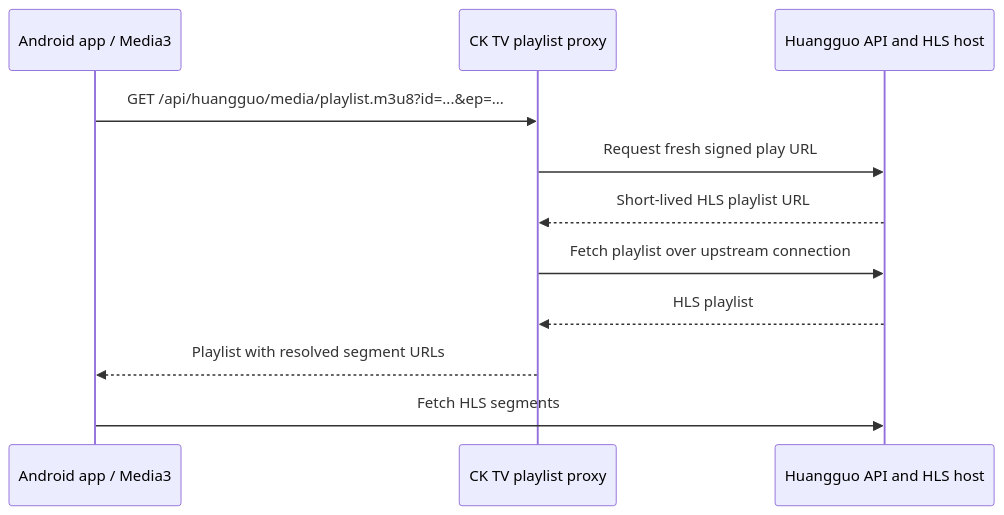
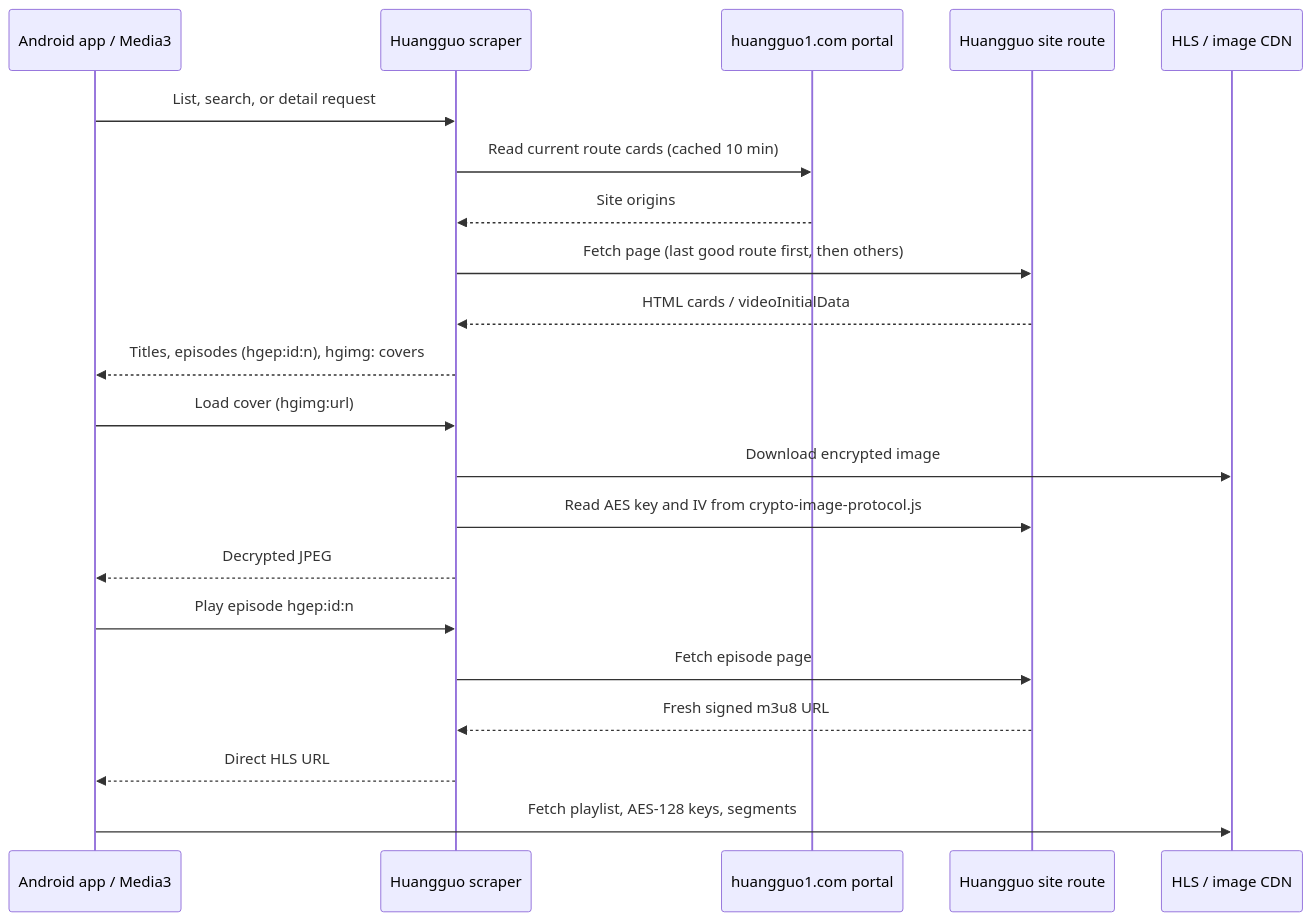
The third of 3 diagrams in README.md (ethereald/cktv-app), drawn with Mermaid before and after one commit. The commit also changed other lines of this file and 11 other files, not shown here.

Commit message:
Rewrite AI黃果 with direct scraping and portal route discovery (v2.4.0)

````diff
--- a/README.md
+++ b/README.md
@@ -106,13 +118,23 @@
 ```mermaid
 sequenceDiagram
     participant App as Android app / Media3
-    participant CK as CK TV playlist proxy
-    participant HG as Huangguo API and HLS host
-    App->>CK: GET /api/huangguo/media/playlist.m3u8?id=...&ep=...
-    CK->>HG: Request fresh signed play URL
-    HG-->>CK: Short-lived HLS playlist URL
-    CK->>HG: Fetch playlist over upstream connection
-    HG-->>CK: HLS playlist
-    CK-->>App: Playlist with resolved segment URLs
-    App->>HG: Fetch HLS segments
+    participant HG as Huangguo scraper
+    participant Portal as huangguo1.com portal
+    participant Site as Huangguo site route
+    participant CDN as HLS / image CDN
+    App->>HG: List, search, or detail request
+    HG->>Portal: Read current route cards (cached 10 min)
+    Portal-->>HG: Site origins
+    HG->>Site: Fetch page (last good route first, then others)
+    Site-->>HG: HTML cards / videoInitialData
+    HG-->>App: Titles, episodes (hgep:id:n), hgimg: covers
+    App->>HG: Load cover (hgimg:url)
+    HG->>CDN: Download encrypted image
+    HG->>Site: Read AES key and IV from crypto-image-protocol.js
+    HG-->>App: Decrypted JPEG
+    App->>HG: Play episode hgep:id:n
+    HG->>Site: Fetch episode page
+    Site-->>HG: Fresh signed m3u8 URL
+    HG-->>App: Direct HLS URL
+    App->>CDN: Fetch playlist, AES-128 keys, segments
 ```
````
